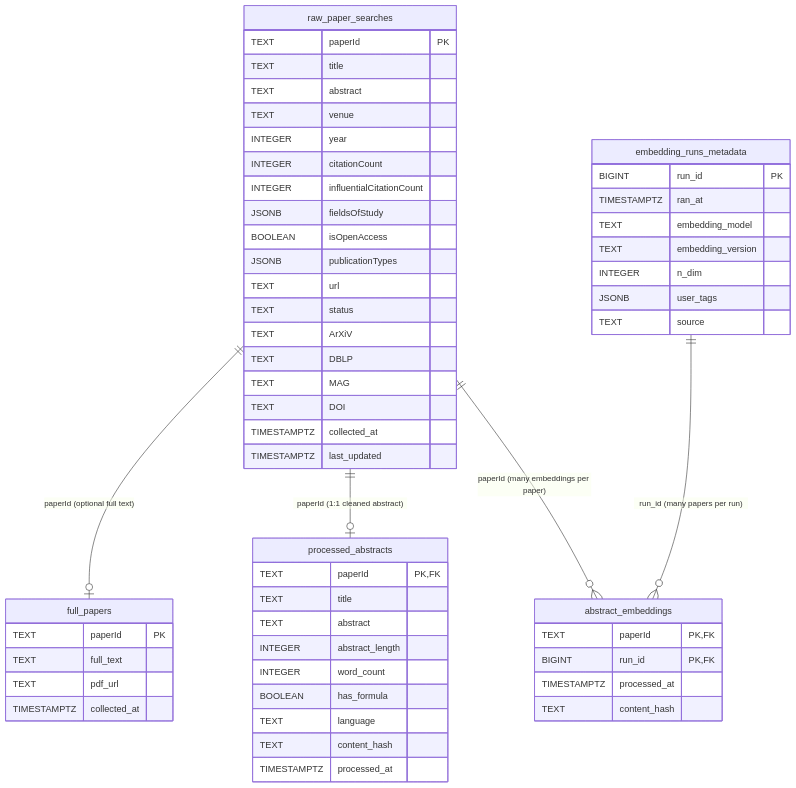
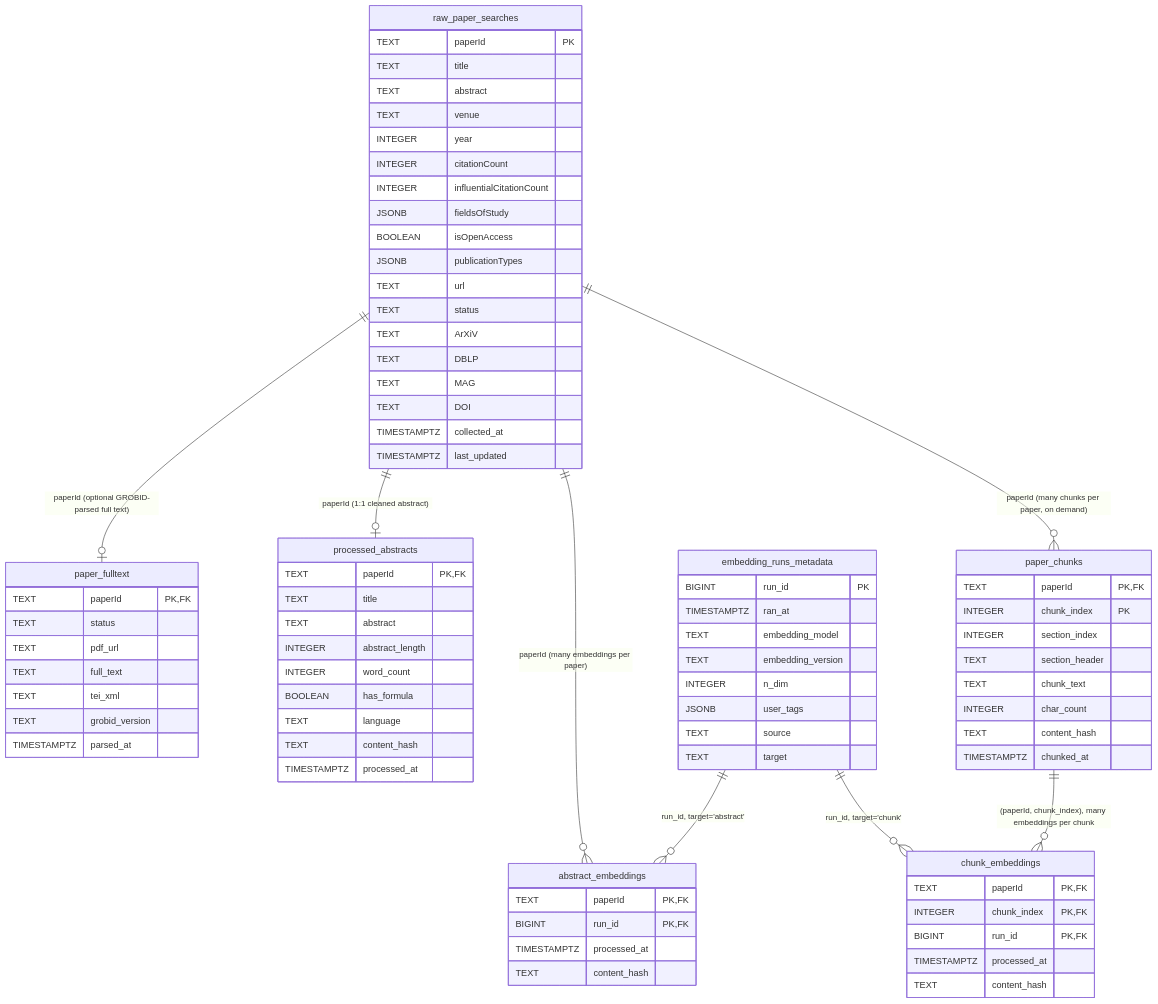
Before and after one commit to adam-lw/Literature-Review-AI: the diagram in documentation/service_schema.md, drawn with Mermaid. The commit also changed other lines of this file and 4 other files, not shown here.

````diff
--- a/documentation/service_schema.md
+++ b/documentation/service_schema.md
@@ -23,11 +23,14 @@
         TIMESTAMPTZ last_updated
     }
 
-    full_papers {
-        TEXT paperId PK
+    paper_fulltext {
+        TEXT paperId PK, FK
+        TEXT status
+        TEXT pdf_url
         TEXT full_text
-        TEXT pdf_url
-        TIMESTAMPTZ collected_at
+        TEXT tei_xml
+        TEXT grobid_version
+        TIMESTAMPTZ parsed_at
     }
 
     processed_abstracts {
@@ -50,6 +53,7 @@
         INTEGER n_dim
         JSONB user_tags
         TEXT source
+        TEXT target
     }
 
     abstract_embeddings {
@@ -59,8 +63,30 @@
         TEXT content_hash
     }
 
-    raw_paper_searches ||--o| full_papers : "paperId (optional full text)"
+    paper_chunks {
+        TEXT paperId PK, FK
+        INTEGER chunk_index PK
+        INTEGER section_index
+        TEXT section_header
+        TEXT chunk_text
+        INTEGER char_count
+        TEXT content_hash
+        TIMESTAMPTZ chunked_at
+    }
+
+    chunk_embeddings {
+        TEXT paperId PK, FK
+        INTEGER chunk_index PK, FK
+        BIGINT run_id PK, FK
+        TIMESTAMPTZ processed_at
+        TEXT content_hash
+    }
+
+    raw_paper_searches ||--o| paper_fulltext : "paperId (optional GROBID-parsed full text)"
     raw_paper_searches ||--o| processed_abstracts : "paperId (1:1 cleaned abstract)"
     raw_paper_searches ||--o{ abstract_embeddings : "paperId (many embeddings per paper)"
-    embedding_runs_metadata ||--o{ abstract_embeddings : "run_id (many papers per run)"
+    raw_paper_searches ||--o{ paper_chunks : "paperId (many chunks per paper, on demand)"
+    embedding_runs_metadata ||--o{ abstract_embeddings : "run_id, target='abstract'"
+    embedding_runs_metadata ||--o{ chunk_embeddings : "run_id, target='chunk'"
+    paper_chunks ||--o{ chunk_embeddings : "(paperId, chunk_index), many embeddings per chunk"
 ```
````
